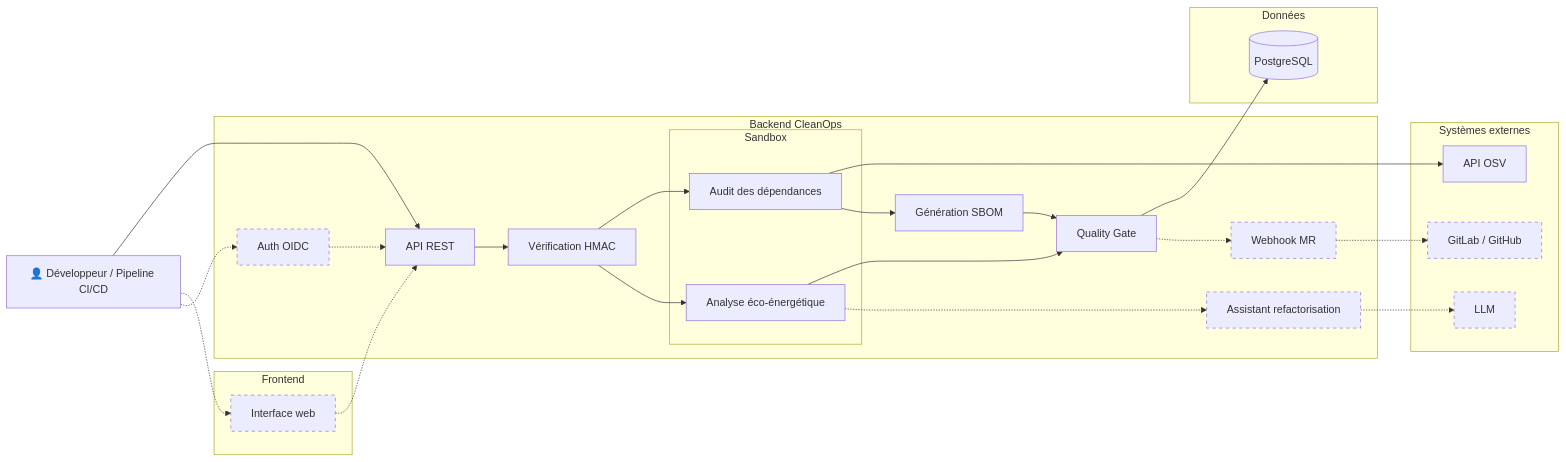
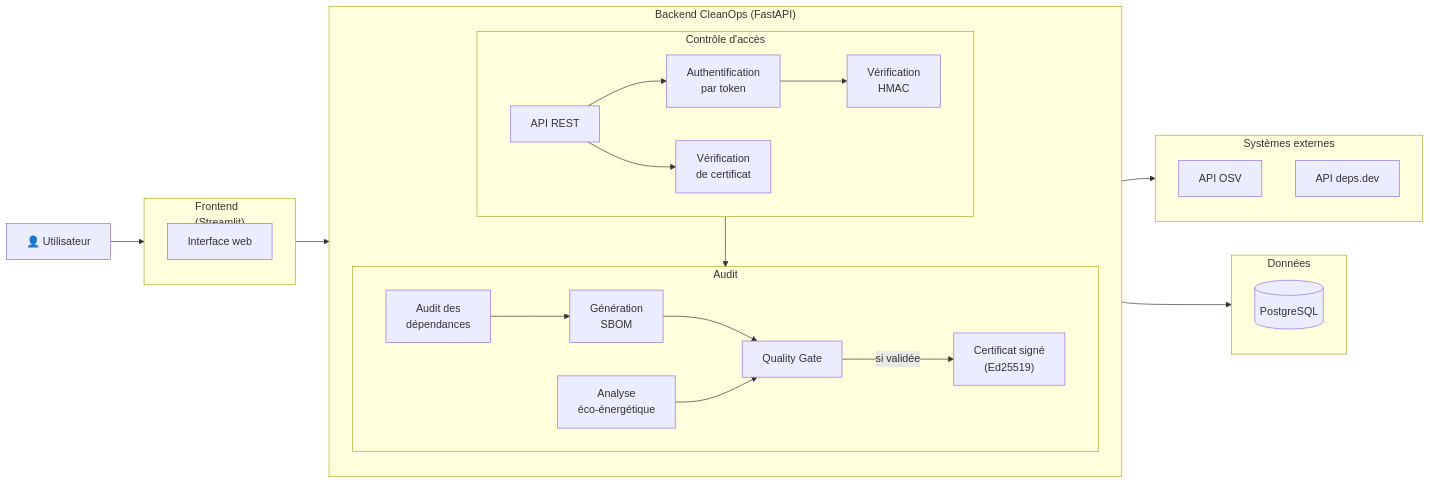
One commit to galahade-ncl/ensai-it-project-2a-team34 changed the diagram in doc/architecture_diagram.md. Above: the diagram before and after it, drawn with Mermaid.

Commit message:
Diagramme d'architecture

````diff
--- a/doc/architecture_diagram.md
+++ b/doc/architecture_diagram.md
@@ -1,59 +1,39 @@
 ```mermaid
 flowchart LR
-    Client["👤 Développeur / Pipeline CI/CD"]
+    Client["👤 Utilisateur"]
 
-    subgraph Front["Frontend"]
+    subgraph Front["Frontend<br/>(Streamlit)"]
         Web["Interface web"]
     end
 
-    subgraph Backend["Backend CleanOps"]
-        API["API REST"]
-        OIDC["Auth OIDC"]
-        HMAC["Vérification HMAC"]
+    subgraph Backend["Backend CleanOps (FastAPI)"]
+        direction TB
+        subgraph Access["Contrôle d'accès"]
+            direction LR
+            API["API REST"] --> Auth["Authentification<br/>par token"] --> HMAC["Vérification<br/>HMAC"]
+            API --> Verify["Vérification<br/>de certificat"]
+        end
+        subgraph Audit["Audit"]
+            direction LR
+            Deps["Audit des<br/>dépendances"] --> SBOM["Génération<br/>SBOM"] --> Gate["Quality Gate"]
+            Eco["Analyse<br/>éco-énergétique"] --> Gate
+            Gate -- "si validée" --> Cert["Certificat signé<br/>(Ed25519)"]
+        end
+        Access --> Audit
+    end
 
-        subgraph Sandbox["Sandbox"]
-            Deps["Audit des dépendances"]
-            Eco["Analyse éco-énergétique"]
-        end
-
-        SBOM["Génération SBOM"]
-        Gate["Quality Gate"]
-        Webhook["Webhook MR "]
-        Refactor["Assistant refactorisation"]
+    subgraph External["Systèmes externes"]
+        direction TB
+        OSV["API OSV"]
+        DepsDev["API deps.dev"]
     end
 
     subgraph Data["Données"]
         DB[("PostgreSQL")]
     end
 
-    subgraph External["Systèmes externes"]
-        OSV["API OSV"]
-        LLM["LLM"]
-        Git["GitLab / GitHub"]
-    end
-
-    Client --> API
-    Client -.-> Web
-    Web -.-> API
-    Client -.-> OIDC
-    OIDC -.-> API
-
-    API --> HMAC
-    HMAC --> Deps
-    HMAC --> Eco
-
-    Deps --> OSV
-    Deps --> SBOM
-    SBOM --> Gate
-    Eco --> Gate
-
-    Eco -.-> Refactor
-    Refactor -.-> LLM
-
-    Gate --> DB
-    Gate -.-> Webhook
-    Webhook -.-> Git
-
-    classDef optional stroke-dasharray: 5 5
-    class Web,OIDC,Webhook,Refactor,LLM,Git optional
+    Client --> Front
+    Front --> Backend
+    Backend --> External
+    Backend --> Data
 ```
````
